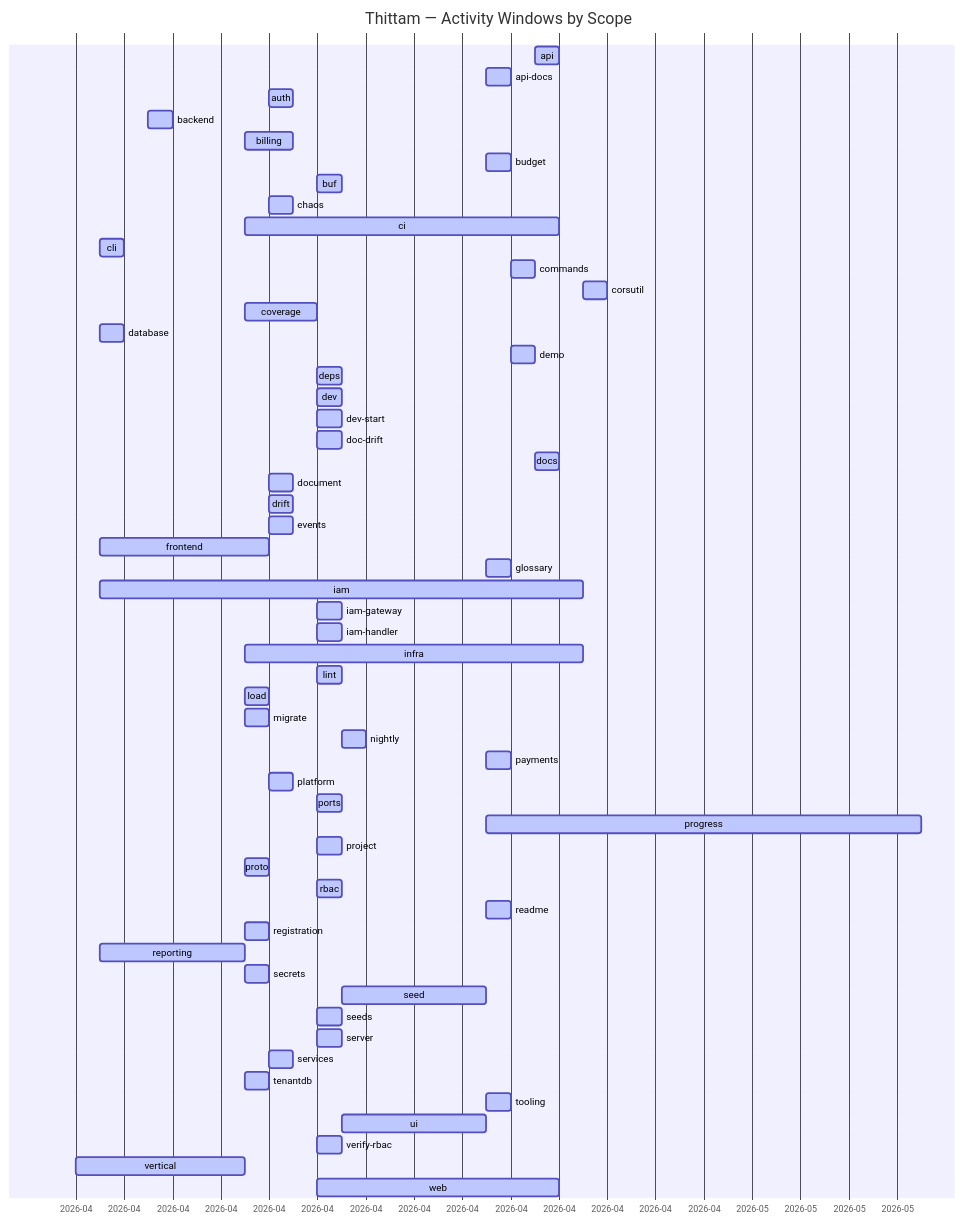
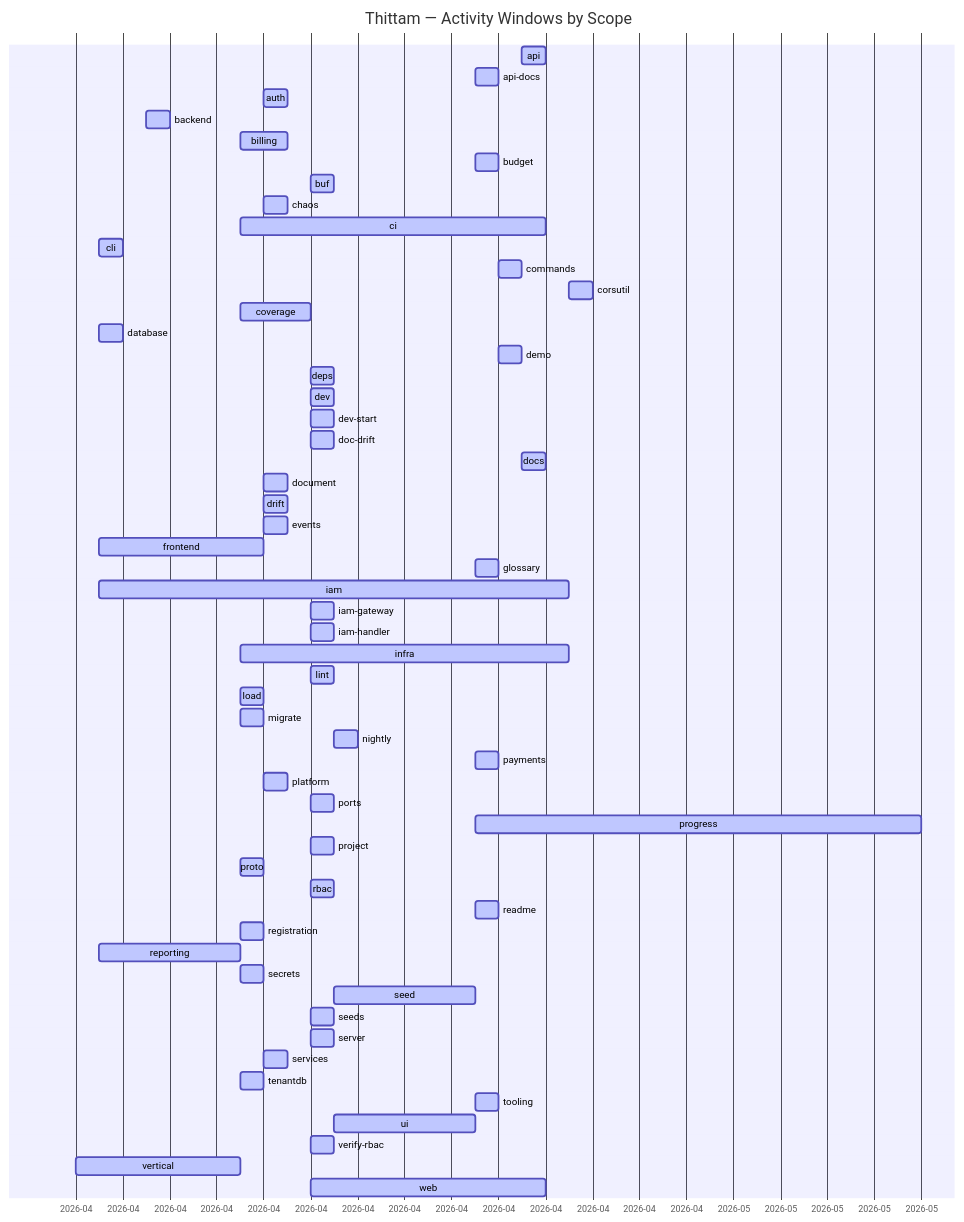
Before and after one commit to wegofwd2020-hub/thittam: the diagram in docs/PROGRESS.md, drawn with Mermaid. The commit also changed other lines of this file and 1 other file, not shown here.

Commit message:
chore(progress): nightly update of docs/PROGRESS.md + CSVs

````diff
--- a/docs/PROGRESS.md
+++ b/docs/PROGRESS.md
@@ -9,60 +9,60 @@
 ```mermaid
 gantt
     title Thittam — Activity Windows by Scope
     dateFormat YYYY-MM-DD
     axisFormat %Y-%m
     api                :active, s_api, 2026-04-22, 2026-04-23
     api-docs           :active, s_api_docs, 2026-04-20, 2026-04-21
     auth               :active, s_auth, 2026-04-11, 2026-04-12
     backend            :active, s_backend, 2026-04-06, 2026-04-07
     billing            :active, s_billing, 2026-04-10, 2026-04-12
     budget             :active, s_budget, 2026-04-20, 2026-04-21
     buf                :active, s_buf, 2026-04-13, 2026-04-14
     chaos              :active, s_chaos, 2026-04-11, 2026-04-12
     ci                 :active, s_ci, 2026-04-10, 2026-04-23
     cli                :active, s_cli, 2026-04-04, 2026-04-05
     commands           :active, s_commands, 2026-04-21, 2026-04-22
     corsutil           :active, s_corsutil, 2026-04-24, 2026-04-25
     coverage           :active, s_coverage, 2026-04-10, 2026-04-13
     database           :active, s_database, 2026-04-04, 2026-04-05
     demo               :active, s_demo, 2026-04-21, 2026-04-22
     deps               :active, s_deps, 2026-04-13, 2026-04-14
     dev                :active, s_dev, 2026-04-13, 2026-04-14
     dev-start          :active, s_dev_start, 2026-04-13, 2026-04-14
     doc-drift          :active, s_doc_drift, 2026-04-13, 2026-04-14
     docs               :active, s_docs, 2026-04-22, 2026-04-23
     document           :active, s_document, 2026-04-11, 2026-04-12
     drift              :active, s_drift, 2026-04-11, 2026-04-12
     events             :active, s_events, 2026-04-11, 2026-04-12
     frontend           :active, s_frontend, 2026-04-04, 2026-04-11
     glossary           :active, s_glossary, 2026-04-20, 2026-04-21
     iam                :active, s_iam, 2026-04-04, 2026-04-24
     iam-gateway        :active, s_iam_gateway, 2026-04-13, 2026-04-14
     iam-handler        :active, s_iam_handler, 2026-04-13, 2026-04-14
     infra              :active, s_infra, 2026-04-10, 2026-04-24
     lint               :active, s_lint, 2026-04-13, 2026-04-14
     load               :active, s_load, 2026-04-10, 2026-04-11
     migrate            :active, s_migrate, 2026-04-10, 2026-04-11
     nightly            :active, s_nightly, 2026-04-14, 2026-04-15
     payments           :active, s_payments, 2026-04-20, 2026-04-21
     platform           :active, s_platform, 2026-04-11, 2026-04-12
     ports              :active, s_ports, 2026-04-13, 2026-04-14
-    progress           :active, s_progress, 2026-04-20, 2026-05-08
+    progress           :active, s_progress, 2026-04-20, 2026-05-09
     project            :active, s_project, 2026-04-13, 2026-04-14
     proto              :active, s_proto, 2026-04-10, 2026-04-11
     rbac               :active, s_rbac, 2026-04-13, 2026-04-14
     readme             :active, s_readme, 2026-04-20, 2026-04-21
     registration       :active, s_registration, 2026-04-10, 2026-04-11
     reporting          :active, s_reporting, 2026-04-04, 2026-04-10
     secrets            :active, s_secrets, 2026-04-10, 2026-04-11
     seed               :active, s_seed, 2026-04-14, 2026-04-20
     seeds              :active, s_seeds, 2026-04-13, 2026-04-14
     server             :active, s_server, 2026-04-13, 2026-04-14
     services           :active, s_services, 2026-04-11, 2026-04-12
     tenantdb           :active, s_tenantdb, 2026-04-10, 2026-04-11
     tooling            :active, s_tooling, 2026-04-20, 2026-04-21
     ui                 :active, s_ui, 2026-04-14, 2026-04-20
     verify-rbac        :active, s_verify_rbac, 2026-04-13, 2026-04-14
     vertical           :active, s_vertical, 2026-04-03, 2026-04-10
     web                :active, s_web, 2026-04-13, 2026-04-23
 ```
````
